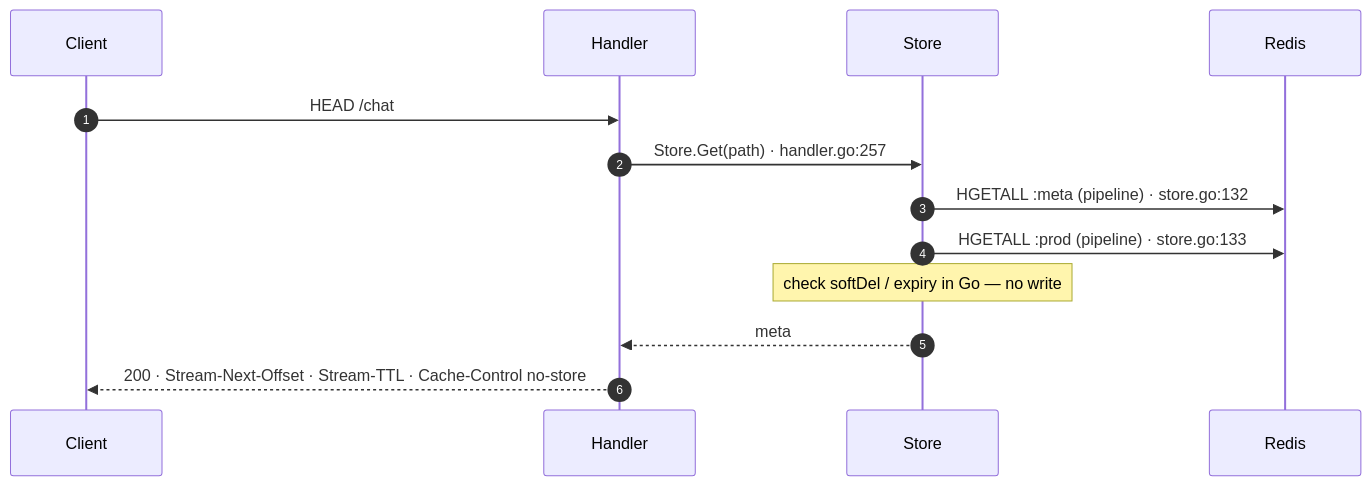
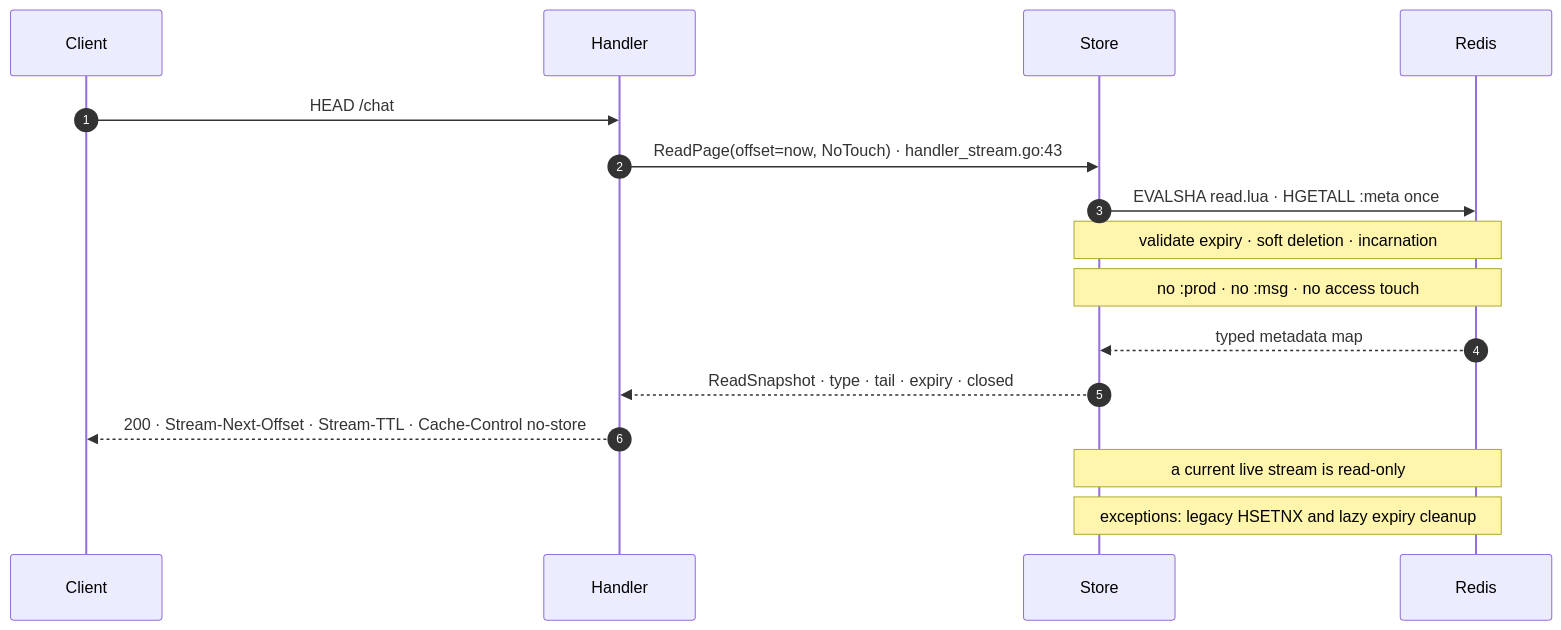
The diagram in docs-site/diagrams/seq-head.mmd (adityavkk/chronicle), drawn with Mermaid before and after one commit. The commit also changed 25 other files, not shown here.

Commit message:
docs: align endpoint flows with read fast path

```diff
--- a/docs-site/diagrams/seq-head.mmd
+++ b/docs-site/diagrams/seq-head.mmd
@@ -1,13 +1,16 @@
 sequenceDiagram
     autonumber
     participant C as Client
     participant H as Handler
     participant S as Store
     participant R as Redis
     C->>H: HEAD /chat
-    H->>S: Store.Get(path) · handler.go:257
-    S->>R: HGETALL :meta (pipeline) · store.go:132
-    S->>R: HGETALL :prod (pipeline) · store.go:133
-    Note over S: check softDel / expiry in Go — no write
-    S-->>H: meta
+    H->>S: ReadPage(offset=now, NoTouch) · handler_stream.go:43
+    S->>R: EVALSHA read.lua · HGETALL :meta once
+    Note over S,R: validate expiry · soft deletion · incarnation
+    Note over S,R: no :prod · no :msg · no access touch
+    R-->>S: typed metadata map
+    S-->>H: ReadSnapshot · type · tail · expiry · closed
     H-->>C: 200 · Stream-Next-Offset · Stream-TTL · Cache-Control no-store
+    Note over S,R: a current live stream is read-only
+    Note over S,R: exceptions: legacy HSETNX and lazy expiry cleanup
```
